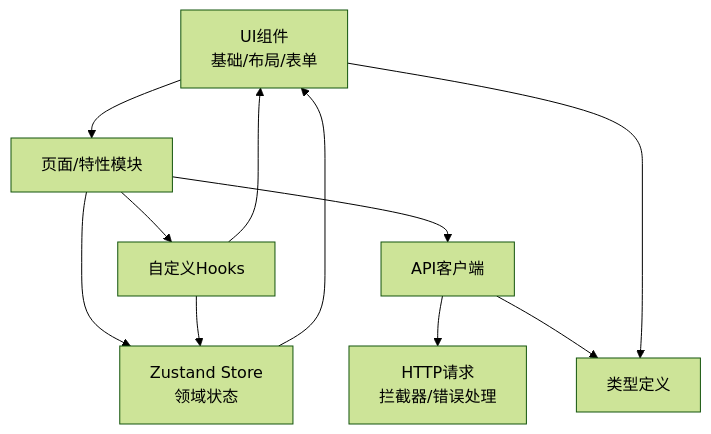
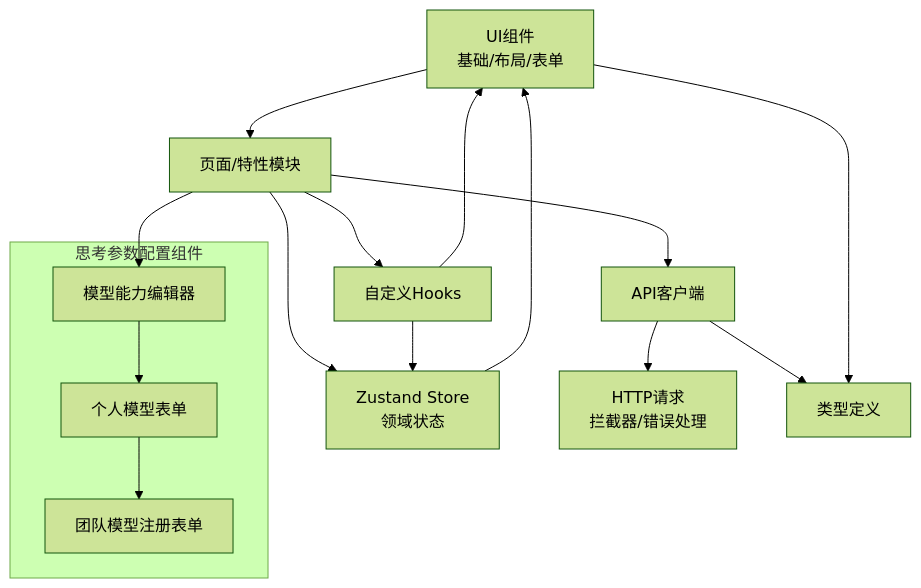
Before and after one commit to tianyehedashu/ai-agent: the second of 10 diagrams in .qoder/repowiki/zh/content/前端应用架构/前端应用架构.md, drawn with Mermaid (forest theme). The commit also changed other lines of this file and 32 other files, not shown here.

````diff
--- a/.qoder/repowiki/zh/content/前端应用架构/前端应用架构.md
+++ b/.qoder/repowiki/zh/content/前端应用架构/前端应用架构.md
@@ -137,13 +163,18 @@
 ```mermaid
 graph TB
 UI["UI组件<br/>基础/布局/表单"] --> Page["页面/特性模块"]
 Page --> Store["Zustand Store<br/>领域状态"]
 Page --> Hook["自定义Hooks"]
 Page --> API["API客户端"]
 API --> HTTP["HTTP请求<br/>拦截器/错误处理"]
 Store --> UI
 Hook --> UI
 Hook --> Store
 API --> Types["类型定义"]
 UI --> Types
+subgraph "思考参数配置组件"
+ModelEditor["模型能力编辑器"] --> PersonalForm["个人模型表单"]
+PersonalForm --> TeamRegister["团队模型注册表单"]
+end
+Page --> ModelEditor
 ```
````
